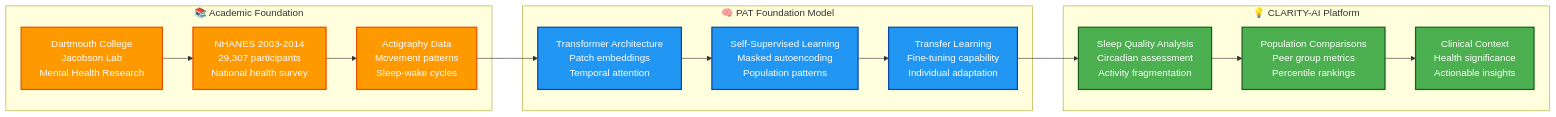
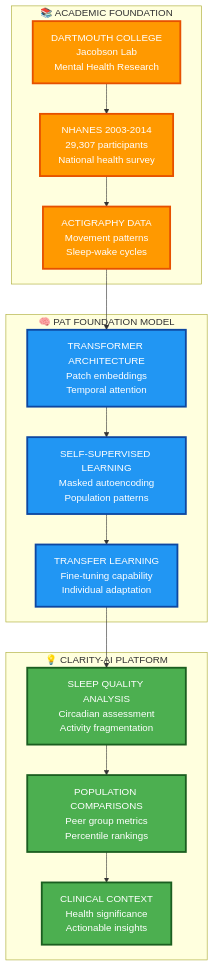
Before and after one commit to Clairty-Digital-Twin/clarity-loop-backend: the second of 2 diagrams in docs/README.md, drawn with Mermaid. The commit also changed other lines of this file and 3 other files, not shown here.

````diff
--- a/docs/README.md
+++ b/docs/README.md
@@ -83,30 +88,37 @@
 ```mermaid
-graph LR
-    subgraph Research ["📚 Academic Foundation"]
-        A[Dartmouth College<br/>Jacobson Lab<br/>Mental Health Research]
+flowchart TD
+    subgraph Research ["📚 ACADEMIC FOUNDATION"]
+        A[DARTMOUTH COLLEGE<br/>Jacobson Lab<br/>Mental Health Research]
         B[NHANES 2003-2014<br/>29,307 participants<br/>National health survey]
-        C[Actigraphy Data<br/>Movement patterns<br/>Sleep-wake cycles]
+        C[ACTIGRAPHY DATA<br/>Movement patterns<br/>Sleep-wake cycles]
     end
     
-    subgraph Model ["🧠 PAT Foundation Model"]
-        D[Transformer Architecture<br/>Patch embeddings<br/>Temporal attention]
-        E[Self-Supervised Learning<br/>Masked autoencoding<br/>Population patterns]
-        F[Transfer Learning<br/>Fine-tuning capability<br/>Individual adaptation]
+    subgraph Model ["🧠 PAT FOUNDATION MODEL"]
+        D[TRANSFORMER ARCHITECTURE<br/>Patch embeddings<br/>Temporal attention]
+        E[SELF-SUPERVISED LEARNING<br/>Masked autoencoding<br/>Population patterns]
+        F[TRANSFER LEARNING<br/>Fine-tuning capability<br/>Individual adaptation]
     end
     
-    subgraph Application ["💡 CLARITY-AI Platform"]
-        G[Sleep Quality Analysis<br/>Circadian assessment<br/>Activity fragmentation]
-        H[Population Comparisons<br/>Peer group metrics<br/>Percentile rankings]
-        I[Clinical Context<br/>Health significance<br/>Actionable insights]
+    subgraph Application ["💡 CLARITY-AI PLATFORM"]
+        G[SLEEP QUALITY ANALYSIS<br/>Circadian assessment<br/>Activity fragmentation]
+        H[POPULATION COMPARISONS<br/>Peer group metrics<br/>Percentile rankings]
+        I[CLINICAL CONTEXT<br/>Health significance<br/>Actionable insights]
     end
     
-    A --> B --> C --> D --> E --> F --> G --> H --> I
+    A --> B
+    B --> C
+    C --> D
+    D --> E
+    E --> F
+    F --> G
+    G --> H
+    H --> I
     
-    classDef research fill:#ff9900,stroke:#e65100,stroke-width:2px,color:white
-    classDef model fill:#2196f3,stroke:#0d47a1,stroke-width:2px,color:white
-    classDef application fill:#4caf50,stroke:#1b5e20,stroke-width:2px,color:white
+    classDef research fill:#ff9900,stroke:#e65100,stroke-width:3px,color:white
+    classDef model fill:#2196f3,stroke:#0d47a1,stroke-width:3px,color:white
+    classDef application fill:#4caf50,stroke:#1b5e20,stroke-width:3px,color:white
     
     class A,B,C research
     class D,E,F model
     class G,H,I application
 ```
````
